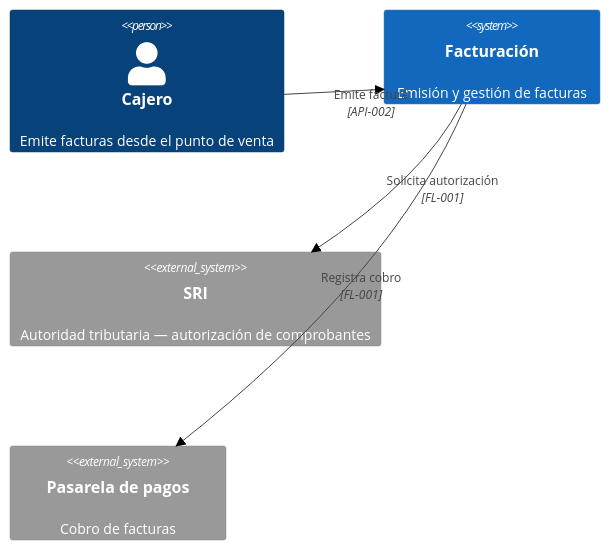
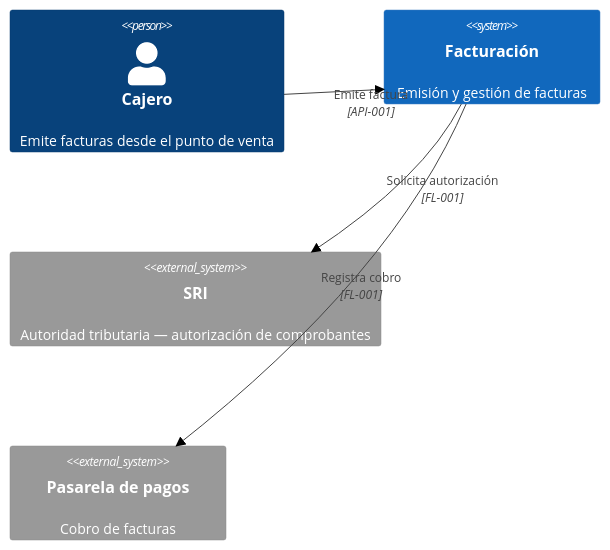
One commit to juanca202/sdd-devkit changed the second of 2 diagrams in skills/design-define/references/element-standards.md. Above: the diagram before and after it, drawn with Mermaid (neutral theme). The commit also changed other lines of this file and 14 other files, not shown here.

````diff
--- a/skills/design-define/references/element-standards.md
+++ b/skills/design-define/references/element-standards.md
@@ -169,10 +219,10 @@
 ```mermaid
 C4Context
   Person(cajero, "Cajero", "Emite facturas desde el punto de venta")
   System(facturacion, "Facturación", "Emisión y gestión de facturas")
   System_Ext(sri, "SRI", "Autoridad tributaria — autorización de comprobantes")
   System_Ext(pagos, "Pasarela de pagos", "Cobro de facturas")
-  Rel(cajero, facturacion, "Emite factura", "API-002")
+  Rel(cajero, facturacion, "Emite factura", "API-001")
   Rel(facturacion, sri, "Solicita autorización", "FL-001")
   Rel(facturacion, pagos, "Registra cobro", "FL-001")
 ```
````
